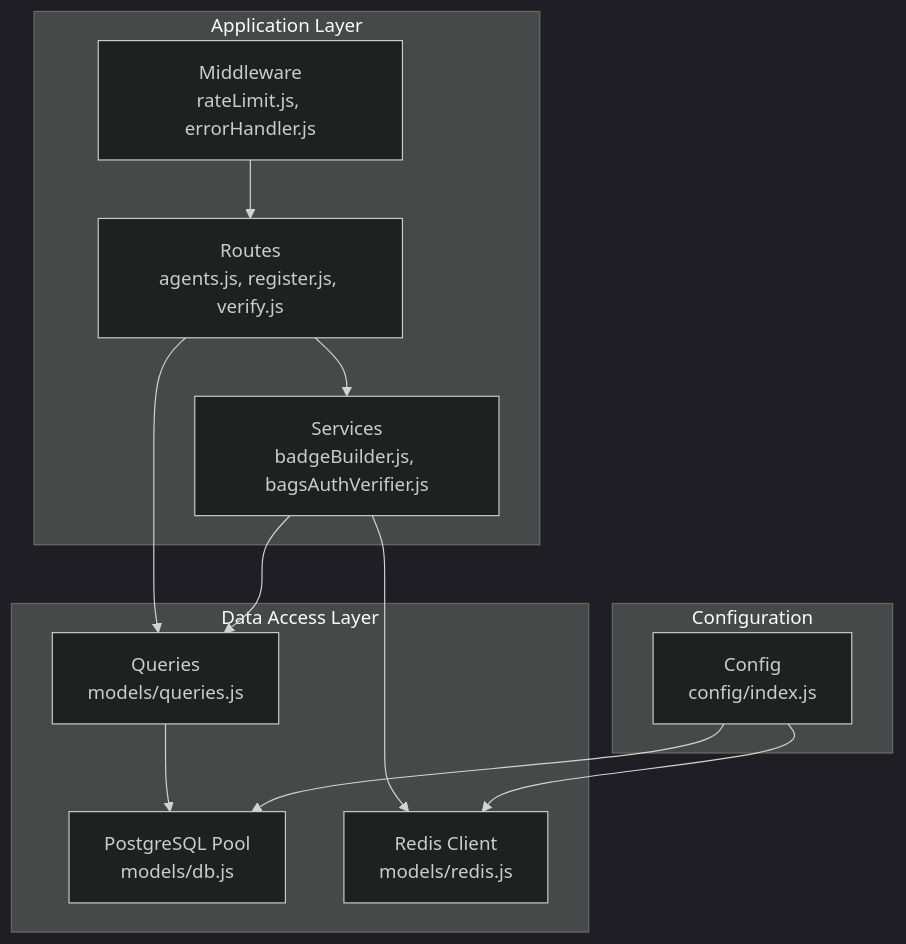
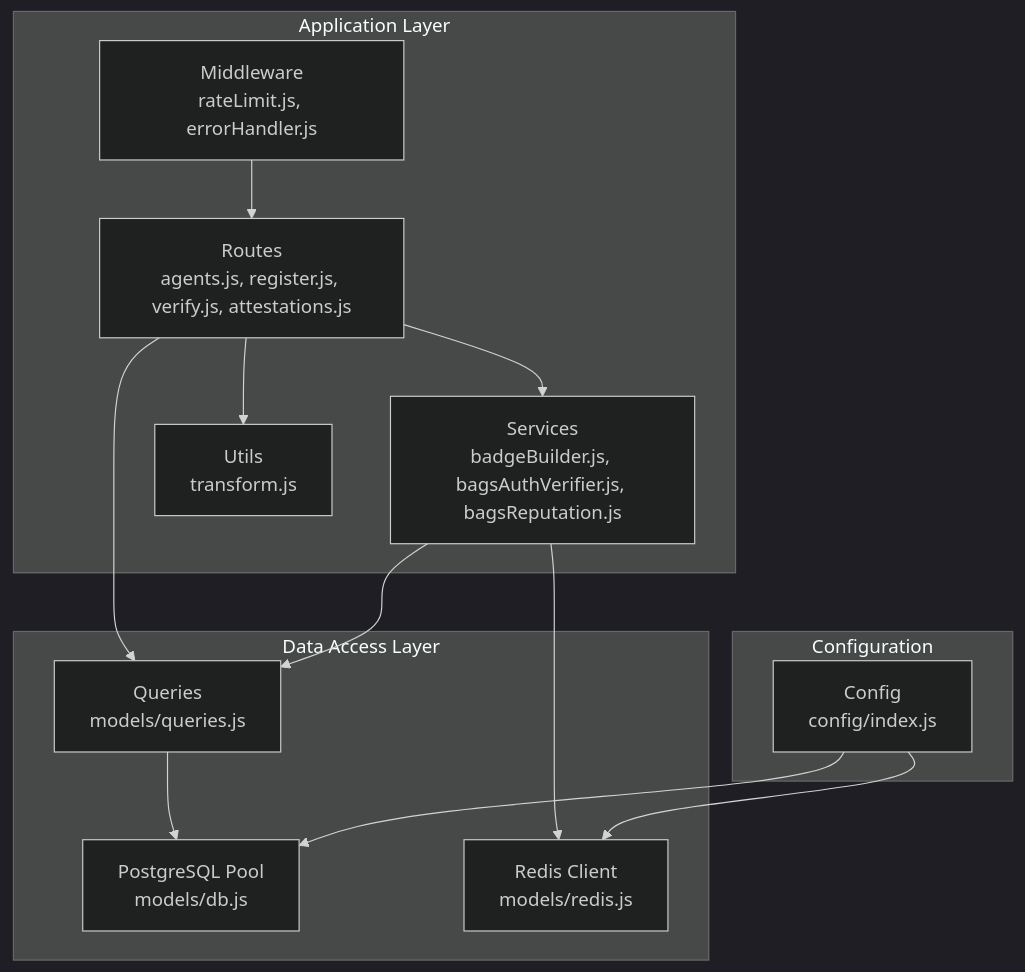
One commit to RunTimeAdmin/AgentID changed the first of 9 diagrams in .qoder/repowiki/en/content/Database Design/Database Design.md. Above: the diagram before and after it, drawn with Mermaid (dark theme). The commit also changed other lines of this file and 31 other files, not shown here.

````diff
--- a/.qoder/repowiki/en/content/Database Design/Database Design.md
+++ b/.qoder/repowiki/en/content/Database Design/Database Design.md
@@ -45,24 +56,26 @@
 ```mermaid
 graph TB
 subgraph "Application Layer"
-R1["Routes<br/>agents.js, register.js, verify.js"]
-S1["Services<br/>badgeBuilder.js, bagsAuthVerifier.js"]
+R1["Routes<br/>agents.js, register.js, verify.js, attestations.js"]
+S1["Services<br/>badgeBuilder.js, bagsAuthVerifier.js, bagsReputation.js"]
 M1["Middleware<br/>rateLimit.js, errorHandler.js"]
+U1["Utils<br/>transform.js"]
 end
 subgraph "Data Access Layer"
 Q1["Queries<br/>models/queries.js"]
 D1["PostgreSQL Pool<br/>models/db.js"]
 RD["Redis Client<br/>models/redis.js"]
 end
 subgraph "Configuration"
 C1["Config<br/>config/index.js"]
 end
 R1 --> Q1
 R1 --> S1
+R1 --> U1
 S1 --> Q1
 S1 --> RD
 Q1 --> D1
 M1 --> R1
 C1 --> D1
 C1 --> RD
 ```
````
